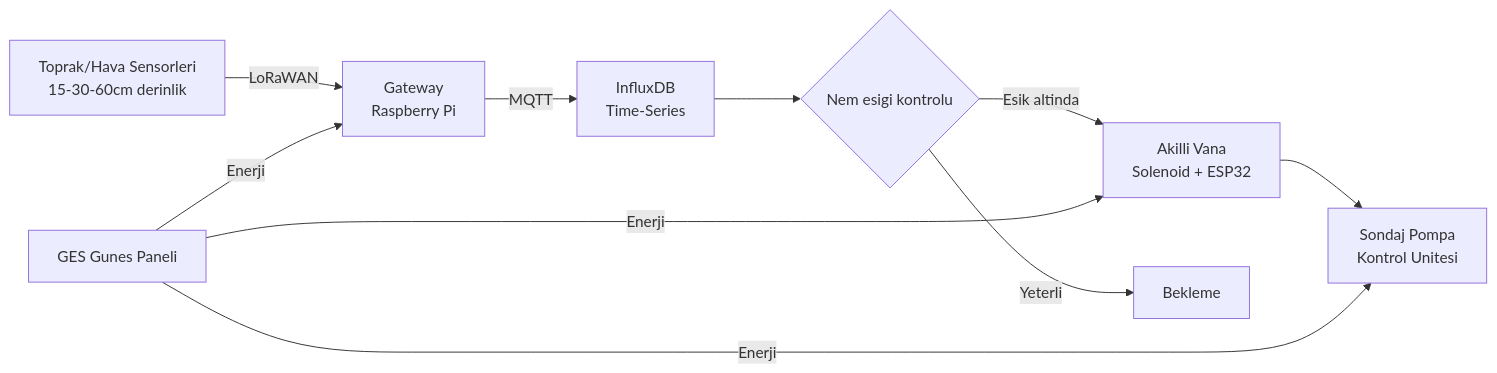
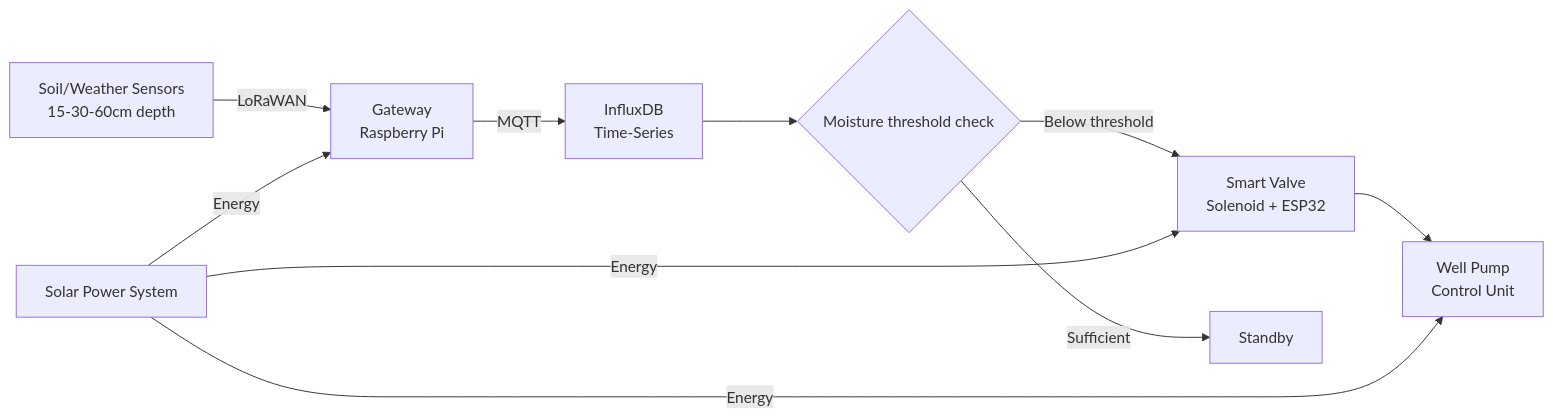
The fifth of 8 diagrams in README.md (hhalilikurnaz/griOS-Telemetry-System), drawn with Mermaid before and after one commit. The commit also changed other lines of this file, not shown here.

````diff
--- a/README.md
+++ b/README.md
@@ -275,12 +361,12 @@
 ```mermaid
 flowchart LR
-    A["Toprak/Hava Sensorleri<br/>15-30-60cm derinlik"] -->|LoRaWAN| B["Gateway<br/>Raspberry Pi"]
+    A["Soil/Weather Sensors<br/>15-30-60cm depth"] -->|LoRaWAN| B["Gateway<br/>Raspberry Pi"]
     B -->|MQTT| C["InfluxDB<br/>Time-Series"]
-    C --> D{"Nem esigi kontrolu"}
-    D -->|Esik altinda| E["Akilli Vana<br/>Solenoid + ESP32"]
-    D -->|Yeterli| F["Bekleme"]
-    E --> G["Sondaj Pompa<br/>Kontrol Unitesi"]
-    H["GES Gunes Paneli"] -->|Enerji| B
-    H -->|Enerji| E
-    H -->|Enerji| G
+    C --> D{"Moisture threshold check"}
+    D -->|Below threshold| E["Smart Valve<br/>Solenoid + ESP32"]
+    D -->|Sufficient| F["Standby"]
+    E --> G["Well Pump<br/>Control Unit"]
+    H["Solar Power System"] -->|Energy| B
+    H -->|Energy| E
+    H -->|Energy| G
 ```
````
